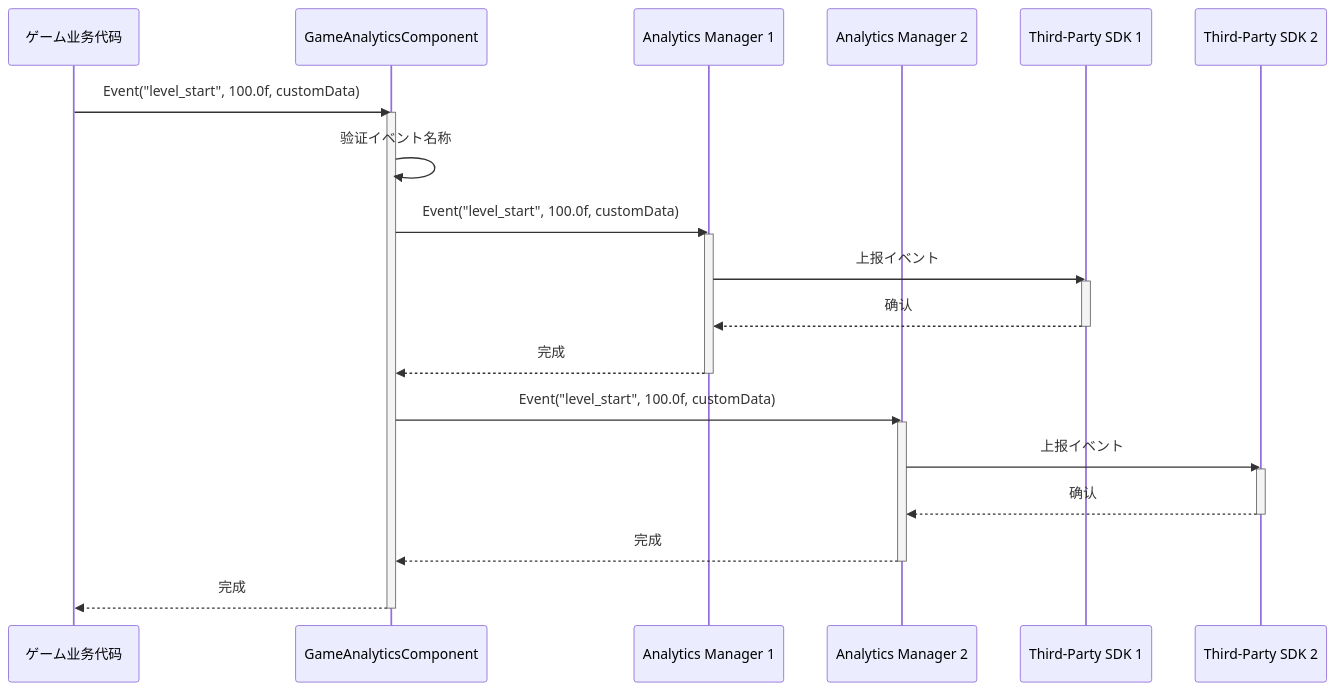
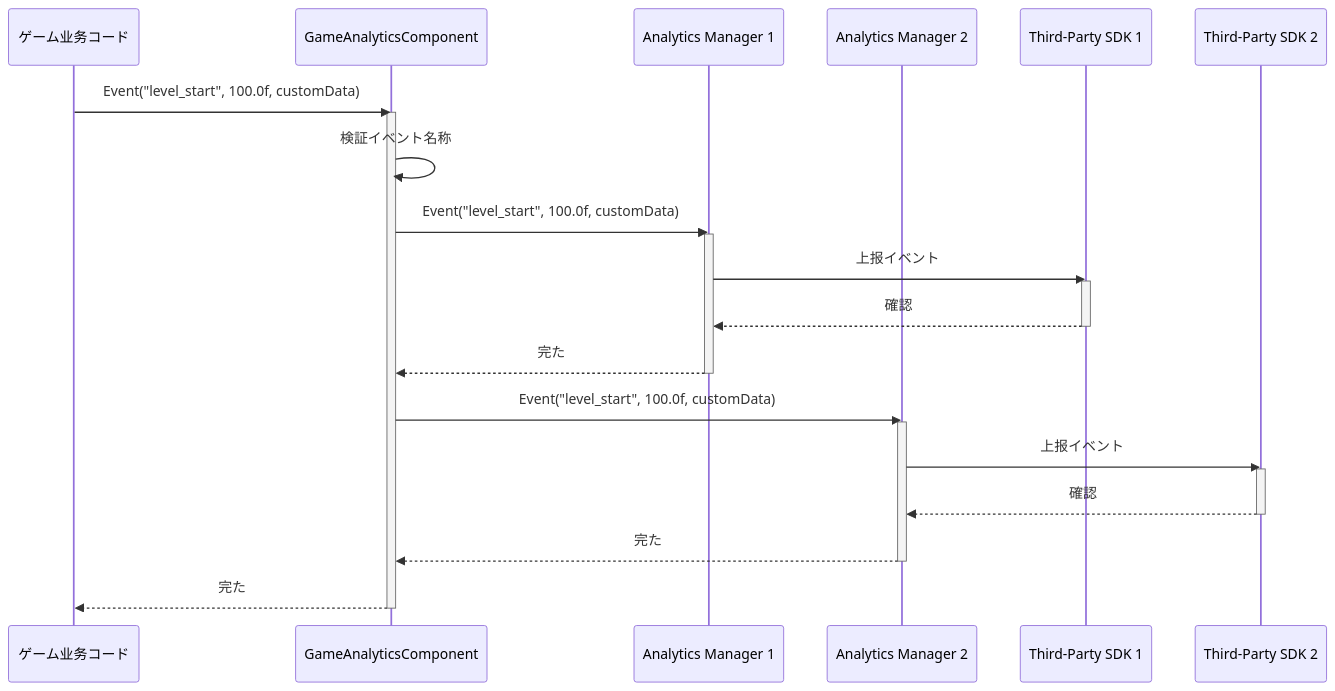
Before and after one commit to AlianBlank/GameFrameX.Docs: the fourth of 5 diagrams in docs/ja/client/unity/component/gameanalytics/04.features.md, drawn with Mermaid. The commit also changed other lines of this file and 320 other files, not shown here.

````diff
--- a/docs/ja/client/unity/component/gameanalytics/04.features.md
+++ b/docs/ja/client/unity/component/gameanalytics/04.features.md
@@ -183,31 +183,31 @@
 ```mermaid
 sequenceDiagram
-    participant GameCode as ゲーム业务代码
+    participant GameCode as ゲーム业务コード
     participant GAComp as GameAnalyticsComponent
     participant Manager1 as Analytics Manager 1
     participant Manager2 as Analytics Manager 2
     participant SDK1 as Third-Party SDK 1
     participant SDK2 as Third-Party SDK 2
 
     GameCode->>GAComp: Event("level_start", 100.0f, customData)
     activate GAComp
-    GAComp->>GAComp: 验证イベント名称
+    GAComp->>GAComp: 検証イベント名称
     GAComp->>Manager1: Event("level_start", 100.0f, customData)
     activate Manager1
     Manager1->>SDK1: 上报イベント
     activate SDK1
-    SDK1-->>Manager1: 确认
+    SDK1-->>Manager1: 確認
     deactivate SDK1
-    Manager1-->>GAComp: 完成
+    Manager1-->>GAComp: 完た
     deactivate Manager1
     GAComp->>Manager2: Event("level_start", 100.0f, customData)
     activate Manager2
     Manager2->>SDK2: 上报イベント
     activate SDK2
-    SDK2-->>Manager2: 确认
+    SDK2-->>Manager2: 確認
     deactivate SDK2
-    Manager2-->>GAComp: 完成
+    Manager2-->>GAComp: 完た
     deactivate Manager2
-    GAComp-->>GameCode: 完成
+    GAComp-->>GameCode: 完た
     deactivate GAComp
 ```
````
